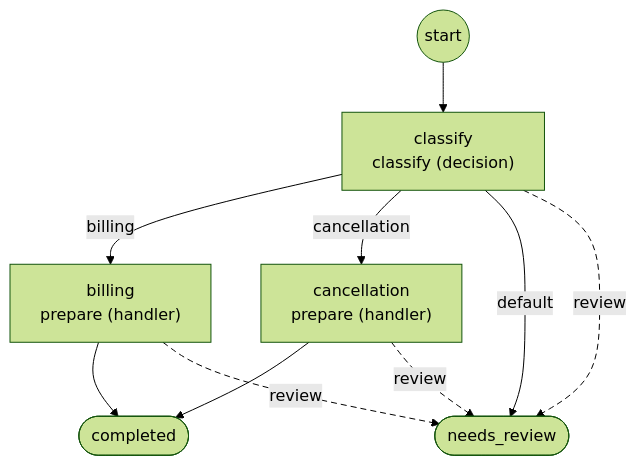
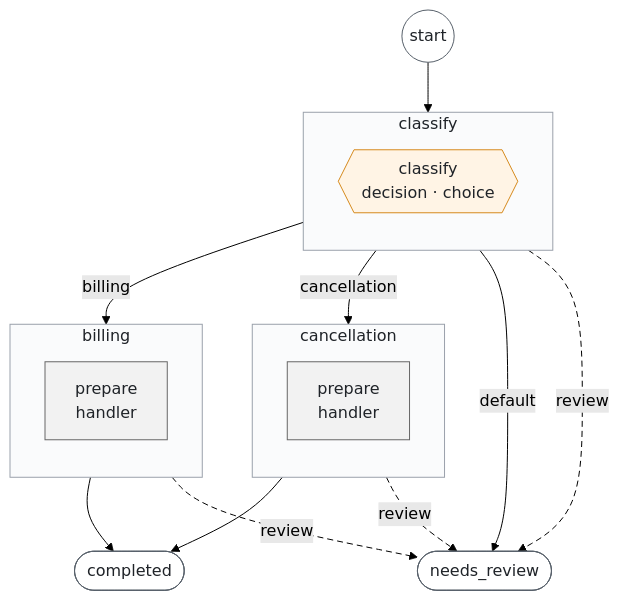
One commit to sebastianwessel/foliqant changed the second of 2 diagrams in examples/routed_intake/WORKFLOWS.md. Above: the diagram before and after it, drawn with Mermaid (forest theme). The commit also changed other lines of this file and 21 other files, not shown here.

First line of the commit message:
Render workflow graphs as subgraphs with steps, shapes and a legend

````diff
--- a/examples/routed_intake/WORKFLOWS.md
+++ b/examples/routed_intake/WORKFLOWS.md
@@ -9,21 +39,36 @@
 ```mermaid
 flowchart TD
-  start((start))
-  flow_classify["classify<br/>classify (decision)"]
-  flow_billing["billing<br/>prepare (handler)"]
-  flow_cancellation["cancellation<br/>prepare (handler)"]
-  outcome_completed(["completed"])
-  outcome_needs_review(["needs_review"])
-  start --> flow_classify
-  flow_classify -->|"billing"| flow_billing
-  flow_classify -->|"cancellation"| flow_cancellation
-  flow_classify -->|"default"| outcome_needs_review
-  flow_classify -.->|"review"| outcome_needs_review
-  flow_billing --> outcome_completed
-  flow_billing -.->|"review"| outcome_needs_review
-  flow_cancellation --> outcome_completed
-  flow_cancellation -.->|"review"| outcome_needs_review
-  linkStyle 4 stroke-dasharray: 6 4
-  linkStyle 6 stroke-dasharray: 6 4
-  linkStyle 8 stroke-dasharray: 6 4
+  start__((start))
+  subgraph classify["classify"]
+    direction TB
+    classify__classify{{"classify<br/>decision · choice"}}
+  end
+  subgraph billing["billing"]
+    direction TB
+    billing__prepare["prepare<br/>handler"]
+  end
+  subgraph cancellation["cancellation"]
+    direction TB
+    cancellation__prepare["prepare<br/>handler"]
+  end
+  outcome_completed__(["completed"])
+  outcome_needs_review__(["needs_review"])
+  start__ --> classify
+  classify -->|"billing"| billing
+  classify -->|"cancellation"| cancellation
+  classify -->|"default"| outcome_needs_review__
+  classify -.->|"review"| outcome_needs_review__
+  billing --> outcome_completed__
+  billing -.->|"review"| outcome_needs_review__
+  cancellation --> outcome_completed__
+  cancellation -.->|"review"| outcome_needs_review__
+  classDef decision fill:#fff4e5,stroke:#d68a1d,color:#1f2328
+  classDef handler fill:#f2f2f2,stroke:#666666,color:#1f2328
+  classDef flow fill:#fafbfc,stroke:#9aa1ab,color:#1f2328
+  classDef terminal fill:#ffffff,stroke:#57606a,color:#1f2328
+  class classify__classify decision
+  class billing__prepare,cancellation__prepare handler
+  class classify,billing,cancellation flow
+  class start__,outcome_completed__,outcome_needs_review__ terminal
+  linkStyle 4,6,8 stroke-dasharray: 6 4
 ```
````
